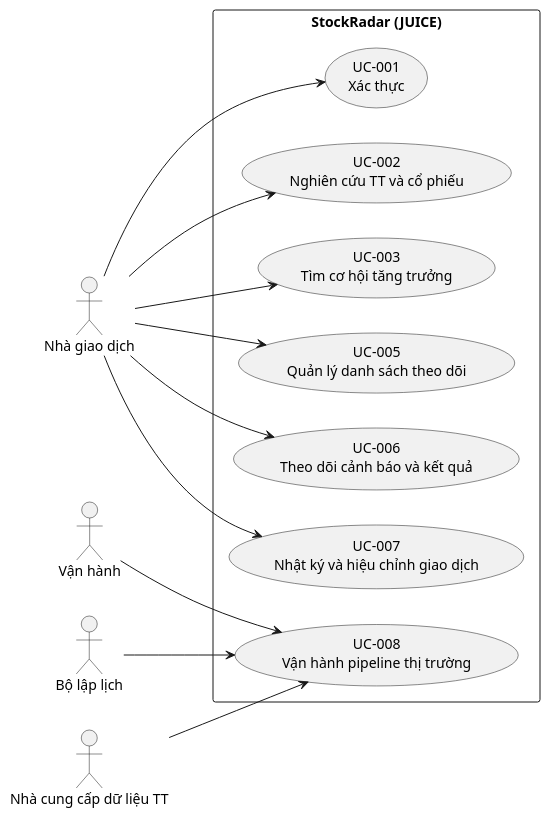
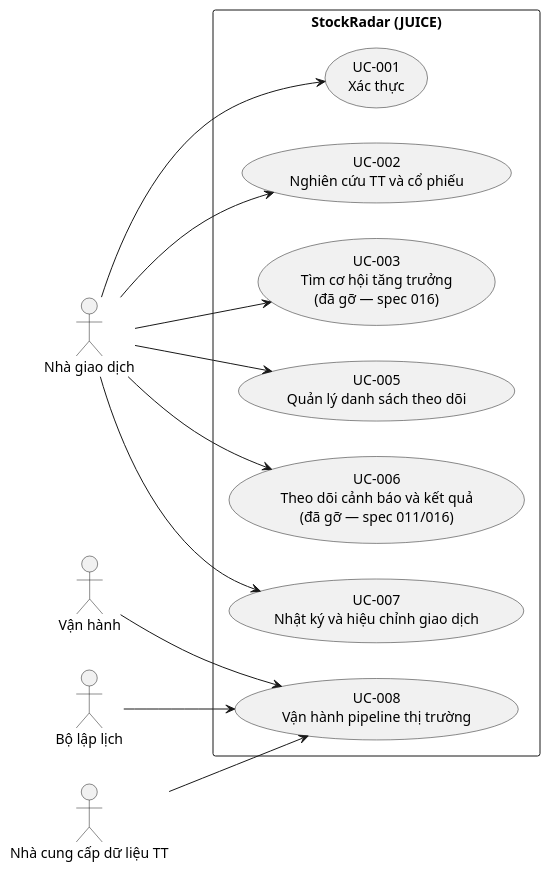
The diagram in docs/use_cases.puml (Benjamincntt/StockRadar), drawn with PlantUML before and after one commit. The commit also changed 48 other files, not shown here.

```diff
--- a/docs/use_cases.puml
+++ b/docs/use_cases.puml
@@ -1,30 +1,30 @@
 @startuml Tong quan Use Case
 left to right direction
 
 actor "Nhà giao dịch" as trader
 actor "Vận hành" as operator
 actor "Bộ lập lịch" as scheduler
 actor "Nhà cung cấp dữ liệu TT" as mdp
 
 rectangle "StockRadar (JUICE)" {
     usecase "UC-001\nXác thực" as UC001
     usecase "UC-002\nNghiên cứu TT và cổ phiếu" as UC002
-    usecase "UC-003\nTìm cơ hội tăng trưởng" as UC003
+    usecase "UC-003\nTìm cơ hội tăng trưởng\n(đã gỡ — spec 016)" as UC003
     usecase "UC-005\nQuản lý danh sách theo dõi" as UC005
-    usecase "UC-006\nTheo dõi cảnh báo và kết quả" as UC006
+    usecase "UC-006\nTheo dõi cảnh báo và kết quả\n(đã gỡ — spec 011/016)" as UC006
     usecase "UC-007\nNhật ký và hiệu chỉnh giao dịch" as UC007
     usecase "UC-008\nVận hành pipeline thị trường" as UC008
 }
 
 trader --> UC001
 trader --> UC002
 trader --> UC003
 trader --> UC005
 trader --> UC006
 trader --> UC007
 
 operator --> UC008
 scheduler --> UC008
 mdp --> UC008
 
 @enduml
```
